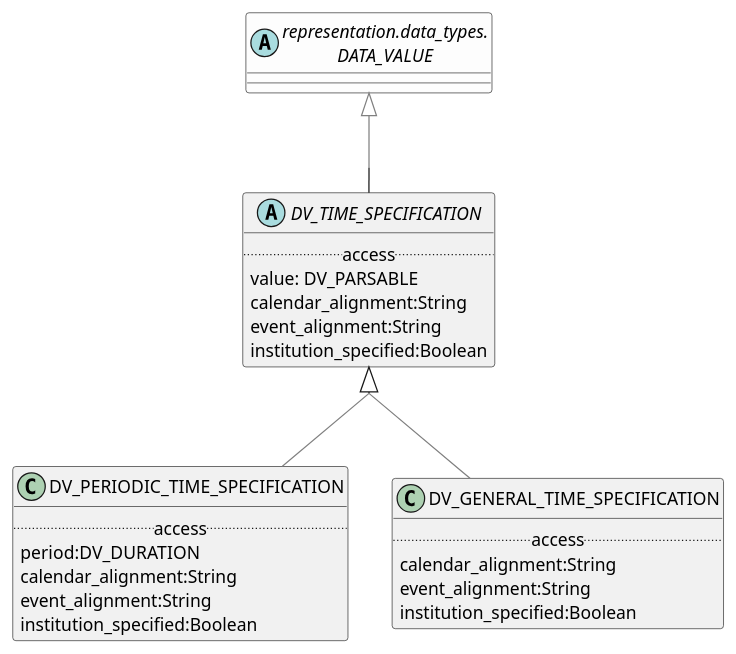
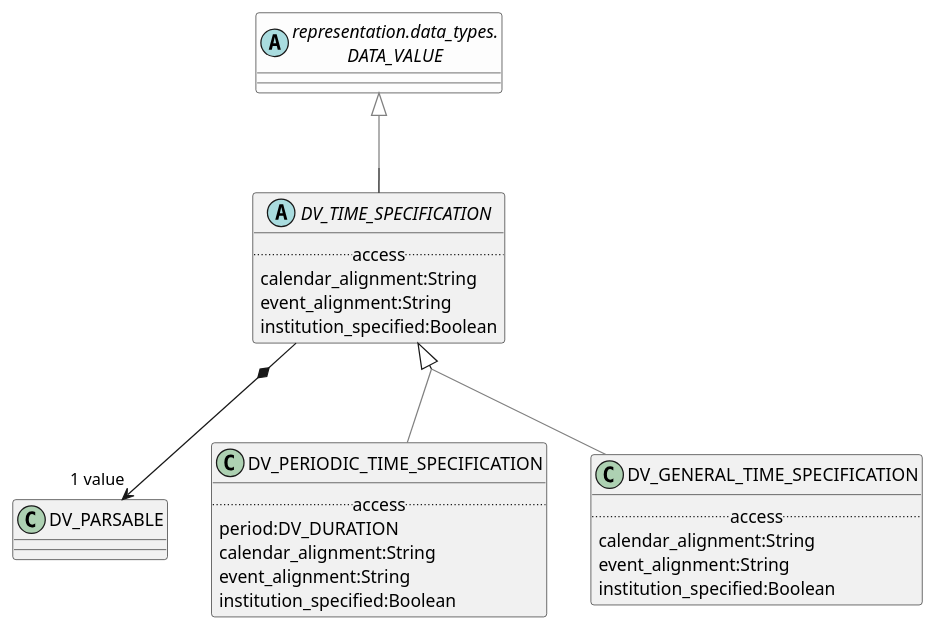
One commit to wolandscat/openehr-doc changed the diagram in modules/ROOT/examples/bmm/representation/data_types/time_specification/time_specification-package-uml.adoc. Above: the diagram before and after it, drawn with PlantUML. The commit also changed 30 other files, not shown here.

```diff
--- a/modules/ROOT/examples/bmm/representation/data_types/time_specification/time_specification-package-uml.adoc
+++ b/modules/ROOT/examples/bmm/representation/data_types/time_specification/time_specification-package-uml.adoc
@@ -3,41 +3,42 @@
 [plantuml,opts=interactive,link=self]
 ....
 skinparam groupInheritance 2
 skinparam citedClassColor #FDFDFD
 
 
 abstract class DV_TIME_SPECIFICATION [[/openehr-doc/latest/representation/data_types-gen.html#_class_dv_time_specification]] {
         .. access ..
-        value: DV_PARSABLE
         calendar_alignment:String
         event_alignment:String
         institution_specified:Boolean
 }
 
 DV_TIME_SPECIFICATION -[#gray]up-|> DATA_VALUE  
 
+
+DV_TIME_SPECIFICATION *--> "1 value" DV_PARSABLE
 
 class DV_PERIODIC_TIME_SPECIFICATION [[/openehr-doc/latest/representation/data_types-gen.html#_class_dv_periodic_time_specification]] {
         .. access ..
         period:DV_DURATION
         calendar_alignment:String
         event_alignment:String
         institution_specified:Boolean
 }
 
 DV_PERIODIC_TIME_SPECIFICATION -[#gray]up-|> DV_TIME_SPECIFICATION  
 
 
 class DV_GENERAL_TIME_SPECIFICATION [[/openehr-doc/latest/representation/data_types-gen.html#_class_dv_general_time_specification]] {
         .. access ..
         calendar_alignment:String
         event_alignment:String
         institution_specified:Boolean
 }
 
 DV_GENERAL_TIME_SPECIFICATION -[#gray]up-|> DV_TIME_SPECIFICATION  
 
 abstract class "representation.data_types.\nDATA_VALUE" as DATA_VALUE  [[/openehr-doc/latest/representation/data_types-gen.html#_class_data_value]] #FDFDFD {
 }
 
 ....
```
